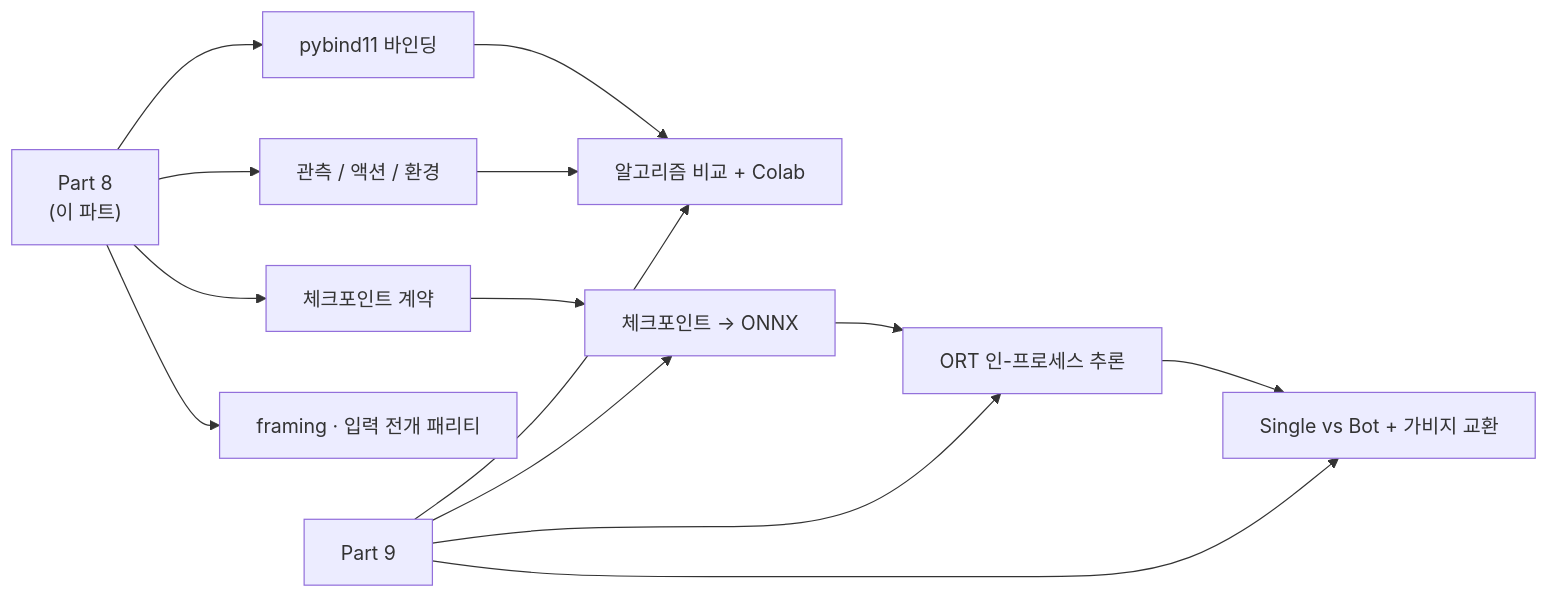
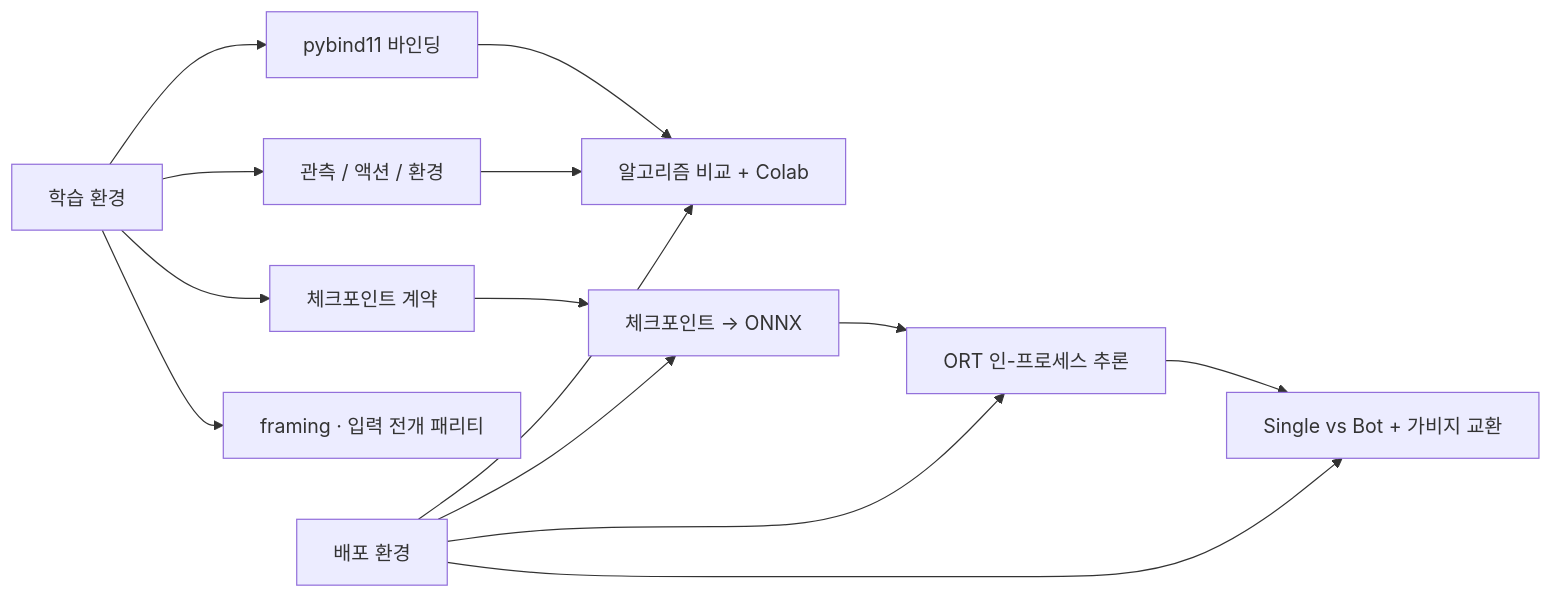
Before and after one commit to Rein-ArXiv/Tetris-Multiplayer-RL: the fifth of 5 diagrams in docs/blog/part8-python-rl.md, drawn with Mermaid. The commit also changed other lines of this file and 39 other files, not shown here.

````diff
--- a/docs/blog/part8-python-rl.md
+++ b/docs/blog/part8-python-rl.md
@@ -1977,18 +1979,18 @@
 ```mermaid
 graph LR
-    A["Part 8<br/>(이 파트)"] --> B["pybind11 바인딩"]
+    A["학습 환경"] --> B["pybind11 바인딩"]
     A --> C["관측 / 액션 / 환경"]
     A --> D["체크포인트 계약"]
     A --> E["framing · 입력 전개 패리티"]
 
-    F["Part 9"] --> G["알고리즘 비교 + Colab"]
+    F["배포 환경"] --> G["알고리즘 비교 + Colab"]
     F --> H["체크포인트 → ONNX"]
     F --> I["ORT 인-프로세스 추론"]
     F --> J["Single vs Bot + 가비지 교환"]
 
     B --> G
     C --> G
     D --> H
     H --> I
     I --> J
 ```
````
